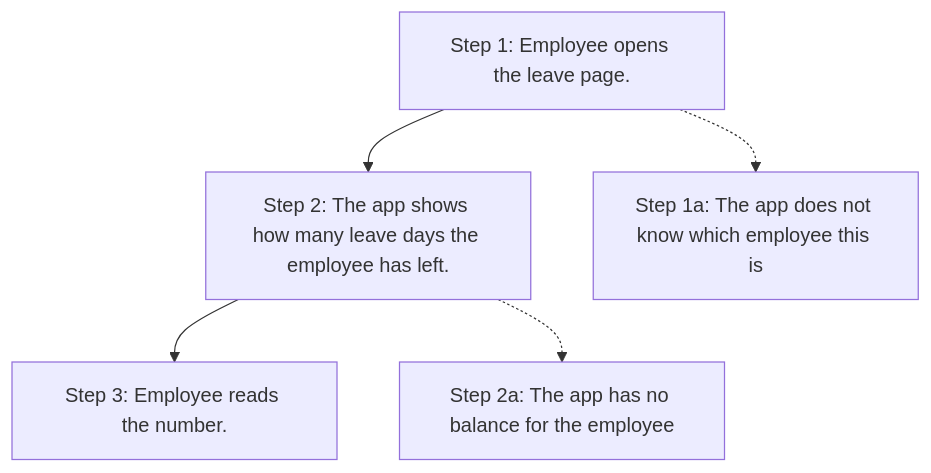
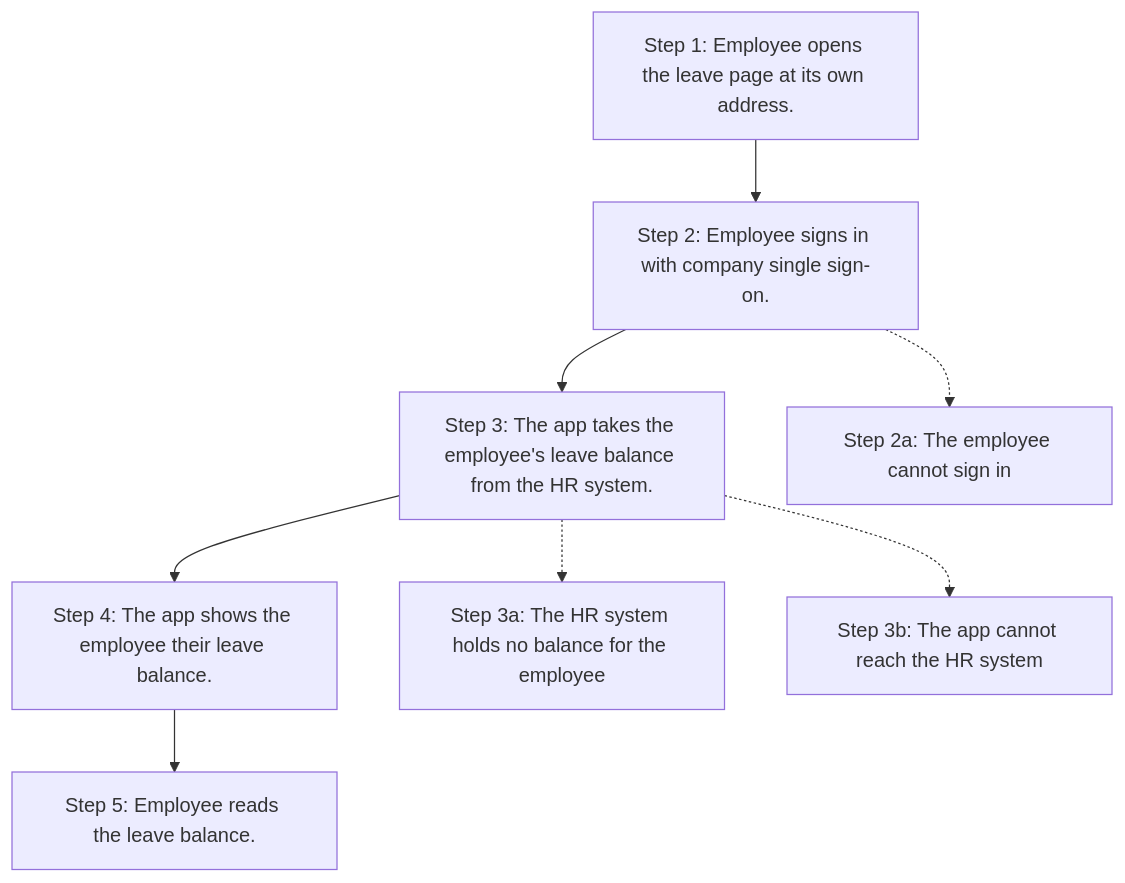
The fifth of 5 diagrams in zbrain-docs/requirements/user-journey.md (lhtshyamalshah/northstar-support-portal), drawn with Mermaid before and after one commit. The commit also changed other lines of this file and 1 other file, not shown here.

First line of the commit message:
docs(requirements): add leave page SSO and HR data requirements

````diff
--- a/zbrain-docs/requirements/user-journey.md
+++ b/zbrain-docs/requirements/user-journey.md
@@ -129,7 +132,10 @@
 ```mermaid
 flowchart TD
-  s1["Step 1: Employee opens the leave page."] --> s2["Step 2: The app shows how many leave days the employee has left."]
-  s2 --> s3["Step 3: Employee reads the number."]
-  s1 -.-> x1a["Step 1a: The app does not know which employee this is"]
-  s2 -.-> x2a["Step 2a: The app has no balance for the employee"]
+  s1["Step 1: Employee opens the leave page at its own address."] --> s2["Step 2: Employee signs in with company single sign-on."]
+  s2 --> s3["Step 3: The app takes the employee's leave balance from the HR system."]
+  s3 --> s4["Step 4: The app shows the employee their leave balance."]
+  s4 --> s5["Step 5: Employee reads the leave balance."]
+  s2 -.-> x2a["Step 2a: The employee cannot sign in"]
+  s3 -.-> x3a["Step 3a: The HR system holds no balance for the employee"]
+  s3 -.-> x3b["Step 3b: The app cannot reach the HR system"]
 ```
````
